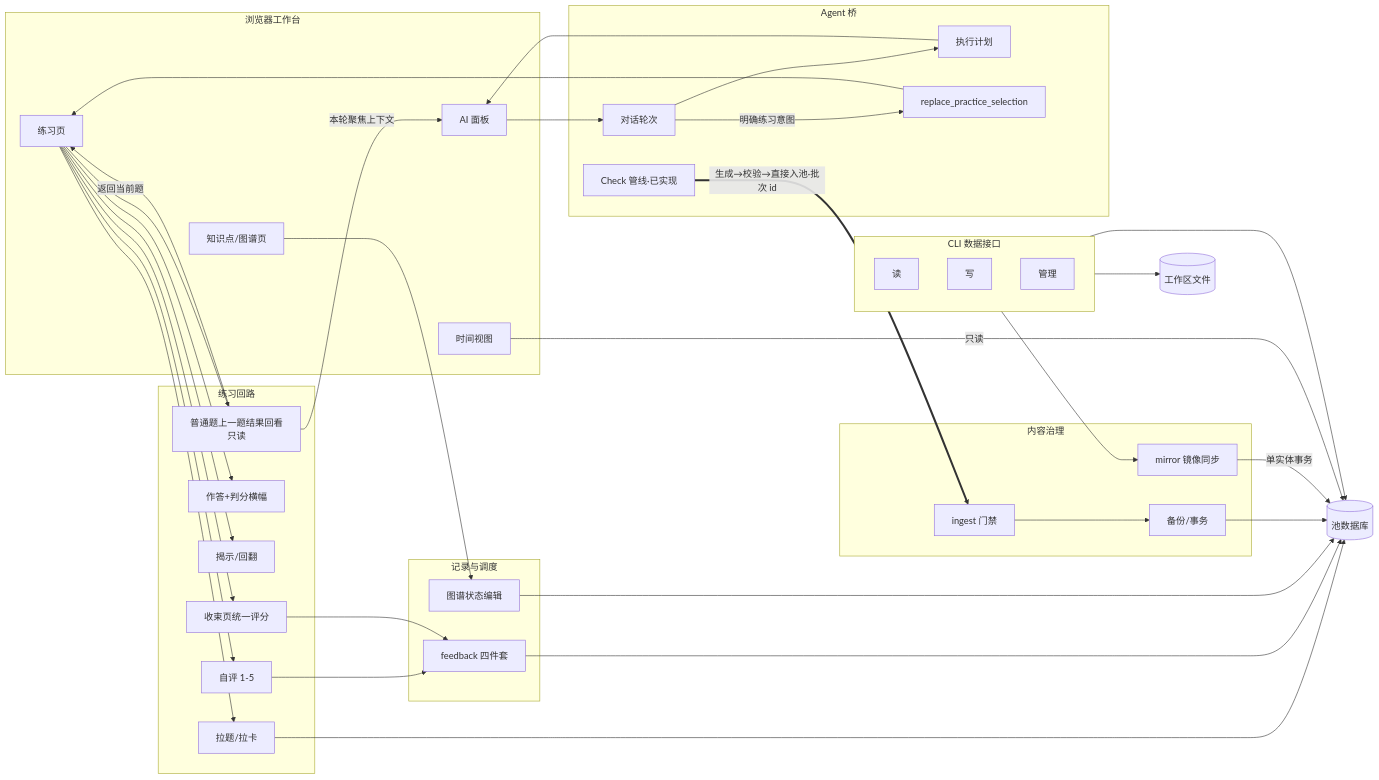
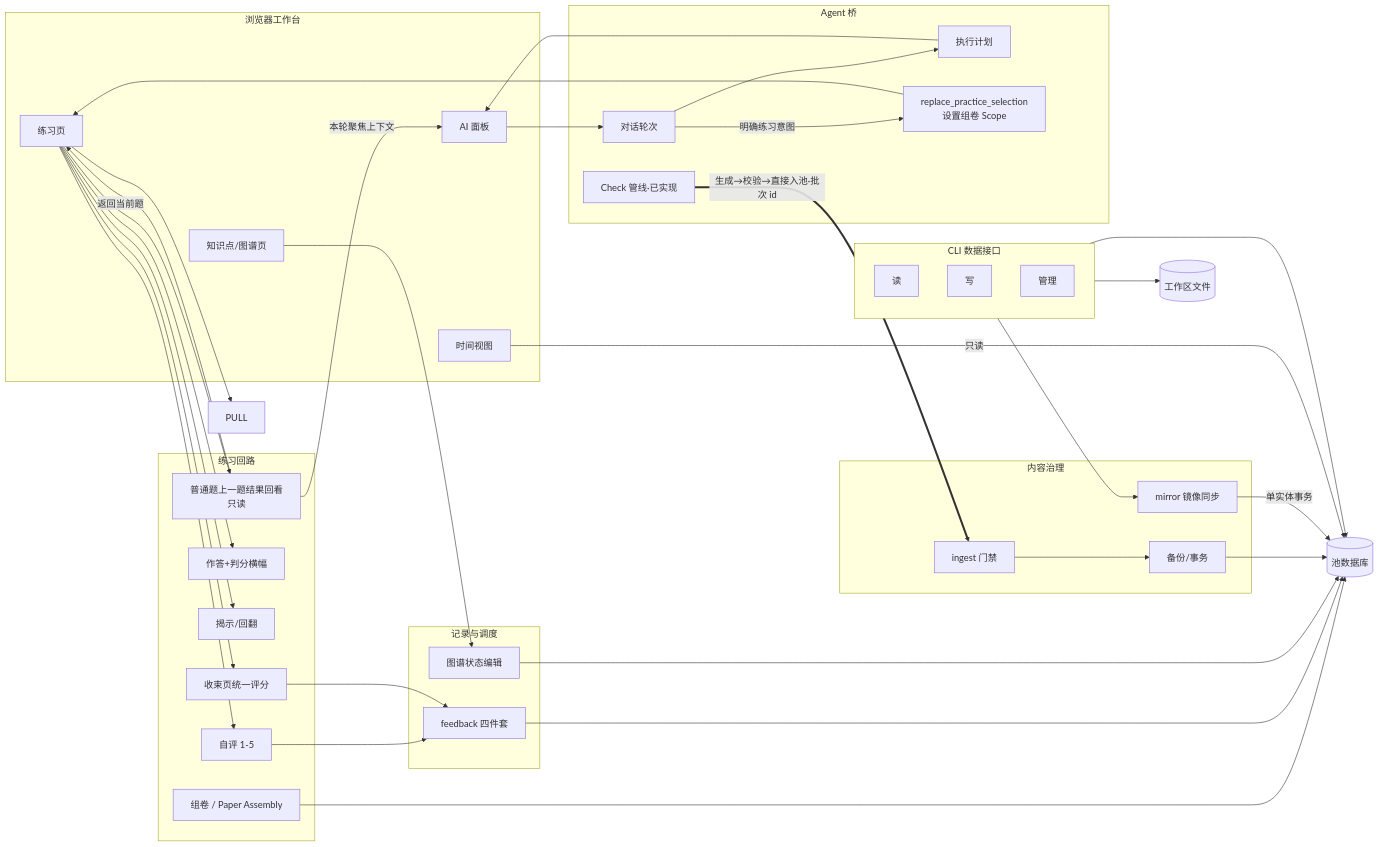
Before and after one commit to Amazinnn/Lesson-Kit: the diagram in docs/ACTION-GRAPH.md, drawn with Mermaid. The commit also changed 6 other files, not shown here.

Commit message:
docs: reconcile practice docs with Paper model

````diff
--- a/docs/ACTION-GRAPH.md
+++ b/docs/ACTION-GRAPH.md
@@ -39,53 +39,53 @@
 ```mermaid
 flowchart LR
   subgraph UI[浏览器工作台]
     P[练习页]
     K[知识点/图谱页]
     T[时间视图]
     A[AI 面板]
   end
   subgraph LOOP[练习回路]
-    PULL[拉题/拉卡]
+    PAPER[组卷 / Paper Assembly]
     ANS[作答+判分横幅]
     REV[揭示/回翻]
     PREV[普通题上一题结果回看<br/>只读]
     RATE[自评 1-5]
     END[收束页统一评分]
   end
   subgraph REC[记录与调度]
     FB[feedback 四件套]
     GSTATE[图谱状态编辑]
   end
   subgraph GOV[内容治理]
     ING[ingest 门禁]
     BK[备份/事务]
     MIR[mirror 镜像同步]
   end
   subgraph BR[Agent 桥]
     CONV[对话轮次]
     PLAN[执行计划]
-    SEL[replace_practice_selection]
+    SCOPE[replace_practice_selection<br/>设置组卷 Scope]
     CHK[Check 管线·已实现]
   end
   subgraph CLI[CLI 数据接口]
     Q[读]
     W[写]
     ADM[管理]
   end
   DB[(池数据库)]
   FS[(工作区文件)]
 
   P --> PULL & ANS & REV & PREV & RATE & END
   PREV -->|返回当前题| P
   PREV -->|本轮聚焦上下文| A
-  PULL --> DB
+  PAPER --> DB
   RATE & END --> FB --> DB
   K --> GSTATE --> DB
   A --> CONV
   CONV --> PLAN --> A
-  CONV -->|明确练习意图| SEL --> P
+  CONV -->|明确练习意图| SCOPE --> P
   CHK ==>|生成→校验→直接入池·批次 id| ING --> BK --> DB
   CLI --> MIR -->|单实体事务| DB
   CLI --> DB & FS
   T -->|只读| DB
 ```
````
